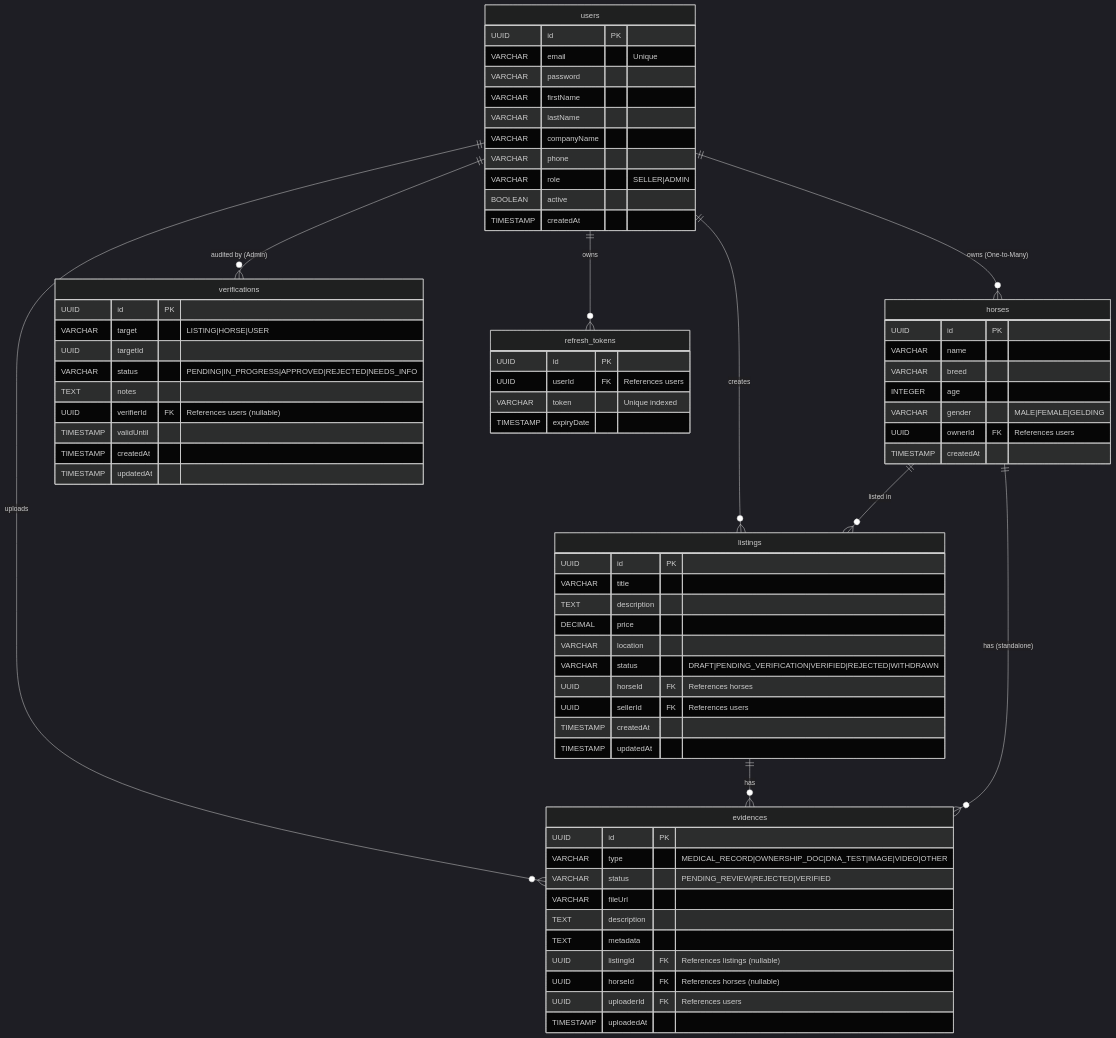
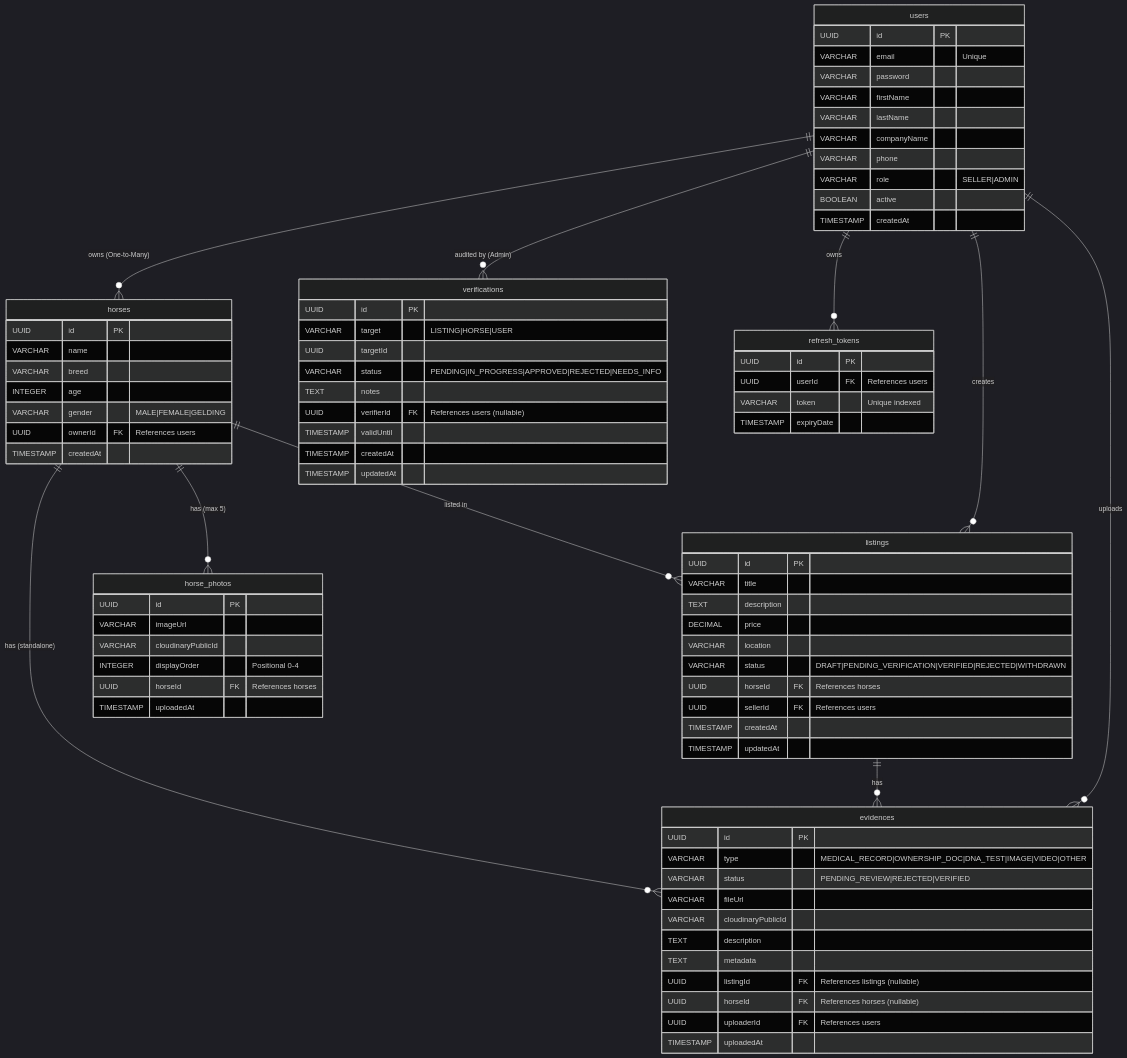
The diagram in docs/database.md (spimentel1201/equine-verification-backend), drawn with Mermaid (dark theme) before and after one commit.

Commit message:
docs: actualizar db diagram con tablas para cloudinary integration

```diff
--- a/docs/database.md
+++ b/docs/database.md
@@ -45,11 +45,21 @@
         VARCHAR type "MEDICAL_RECORD|OWNERSHIP_DOC|DNA_TEST|IMAGE|VIDEO|OTHER"
         VARCHAR status "PENDING_REVIEW|REJECTED|VERIFIED"
         VARCHAR fileUrl
+        VARCHAR cloudinaryPublicId
         TEXT description
         TEXT metadata
         UUID listingId FK "References listings (nullable)"
         UUID horseId FK "References horses (nullable)"
         UUID uploaderId FK "References users"
+        TIMESTAMP uploadedAt
+    }
+
+    horse_photos {
+        UUID id PK
+        VARCHAR imageUrl
+        VARCHAR cloudinaryPublicId
+        INTEGER displayOrder "Positional 0-4"
+        UUID horseId FK "References horses"
         TIMESTAMP uploadedAt
     }
 
@@ -75,6 +85,7 @@
     users ||--o{ horses : "owns (One-to-Many)"
     users ||--o{ listings : "creates"
     horses ||--o{ listings : "listed in"
+    horses ||--o{ horse_photos : "has (max 5)"
     users ||--o{ evidences : "uploads"
     listings ||--o{ evidences : "has"
     horses ||--o{ evidences : "has (standalone)"
```
